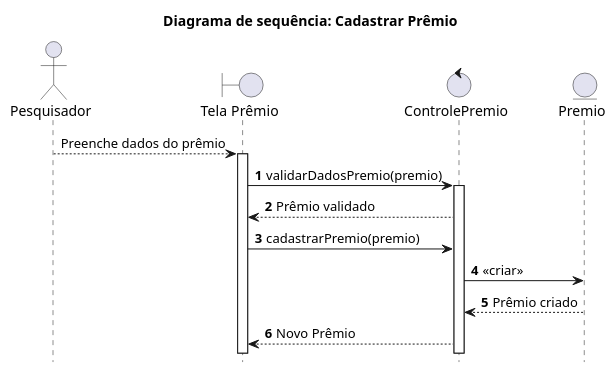
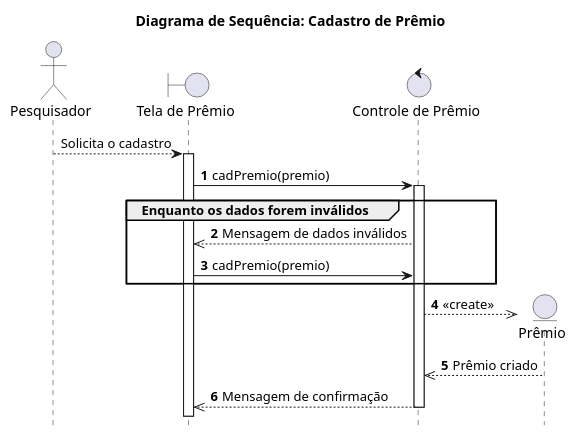
The diagram in Diagramas/Premio/cadastroPremio.wsd (WellingtonFelipeLS/Lattes-Simplificado), drawn with PlantUML before and after one commit. The commit also changed 19 other files, not shown here.

Commit message:
Patronização dos diagramas.

```diff
--- a/Diagramas/Premio/cadastroPremio.wsd
+++ b/Diagramas/Premio/cadastroPremio.wsd
@@ -1,19 +1,24 @@
 @startuml DiagramaCadastrarPremio
-title "Diagrama de sequência: Cadastrar Prêmio"
+title "Diagrama de Sequência: Cadastro de Prêmio"
 hide footbox
 
 actor "Pesquisador" as Pesquisador
-boundary "Tela Prêmio" as UIPremio
-control "ControlePremio" as ControlePremio
-entity "Premio" as Premio
+boundary "Tela de Prêmio" as UIPremio
+control "Controle de Prêmio" as ControlePremio
+entity "Prêmio" as Premio
 
-Pesquisador --> UIPremio ++: Preenche dados do prêmio
+Pesquisador --> UIPremio ++: Solicita o cadastro
+
 autonumber
-UIPremio -> ControlePremio++: validarDadosPremio(premio)
-ControlePremio --> UIPremio: Prêmio validado
-UIPremio -> ControlePremio: cadastrarPremio(premio)
-ControlePremio -> Premio: <<criar>>
-Premio --> ControlePremio: Prêmio criado
-ControlePremio --> UIPremio: Novo Prêmio
-autonumber stop
+UIPremio -> ControlePremio ++: cadPremio(premio)
+
+group Enquanto os dados forem inválidos
+ControlePremio -->> UIPremio: Mensagem de dados inválidos
+UIPremio -> ControlePremio: cadPremio(premio)
+end
+
+ControlePremio -->> Premio **: <<create>>
+Premio -->> ControlePremio: Prêmio criado
+ControlePremio -->> UIPremio --: Mensagem de confirmação
+
 @enduml
```
